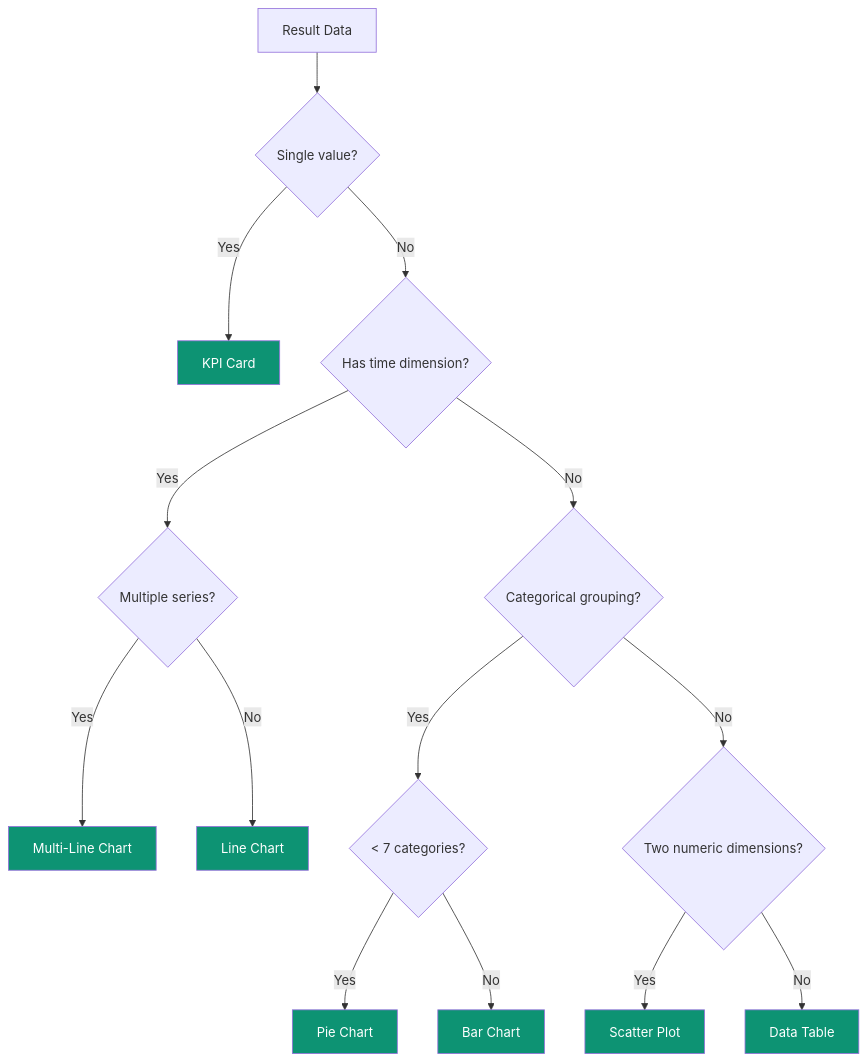
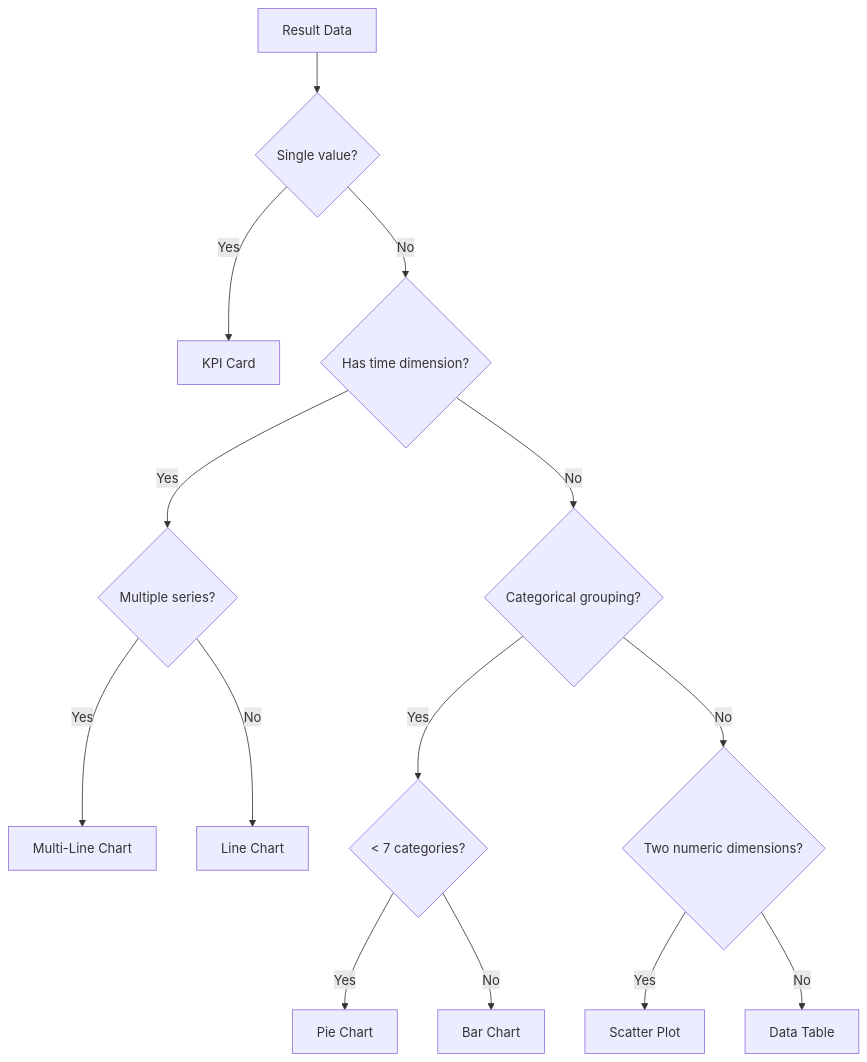
Before and after one commit to ashishsuperatom/tech-docs: the third of 4 diagrams in ip/generative-ui.mdx, drawn with Mermaid. The commit also changed other lines of this file and 37 other files, not shown here.

First line of the commit message:
Clean up docs: remove em-dashes, fix mermaid diagrams, remove emojis

````diff
--- a/ip/generative-ui.mdx
+++ b/ip/generative-ui.mdx
@@ -177,27 +174,20 @@
 ```mermaid
 flowchart TD
     START["Result Data"] --> Q1{"Single value?"}
     Q1 -->|Yes| KPI["KPI Card"]
     Q1 -->|No| Q2{"Has time dimension?"}
 
     Q2 -->|Yes| Q3{"Multiple series?"}
     Q3 -->|Yes| MULTI_LINE["Multi-Line Chart"]
     Q3 -->|No| LINE["Line Chart"]
 
     Q2 -->|No| Q4{"Categorical grouping?"}
     Q4 -->|Yes| Q5{"< 7 categories?"}
     Q5 -->|Yes| PIE["Pie Chart"]
     Q5 -->|No| BAR["Bar Chart"]
 
     Q4 -->|No| Q6{"Two numeric dimensions?"}
     Q6 -->|Yes| SCATTER["Scatter Plot"]
     Q6 -->|No| TABLE["Data Table"]
 
-    style KPI fill:#0D9373,color:#fff
-    style LINE fill:#0D9373,color:#fff
-    style MULTI_LINE fill:#0D9373,color:#fff
-    style PIE fill:#0D9373,color:#fff
-    style BAR fill:#0D9373,color:#fff
-    style SCATTER fill:#0D9373,color:#fff
-    style TABLE fill:#0D9373,color:#fff
 ```
````
